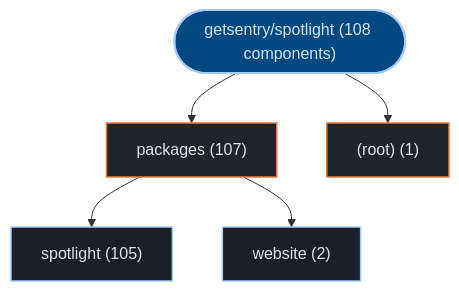
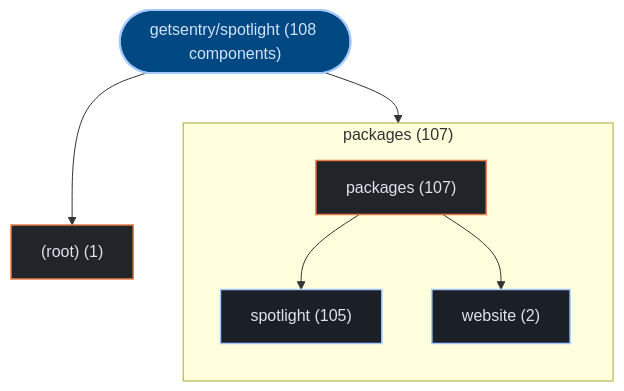
One commit to kumarshaz/atruss-code-atlas changed the first of 3 diagrams in exports/latest/reports/getsentry-spotlight-report.md. Above: the diagram before and after it, drawn with Mermaid. The commit also changed 178 other files, not shown here.

Commit message:
feat(ui,mermaid): upgrade to mermaid v12 + ELK layout, add orgs-summary + pagination, subgraph building blocks, fix tab alignment

````diff
--- a/exports/latest/reports/getsentry-spotlight-report.md
+++ b/exports/latest/reports/getsentry-spotlight-report.md
@@ -42,19 +42,22 @@
 ```mermaid
 graph TD;
   classDef atlasRoot fill:#004882,stroke:#a3c9ff,stroke-width:2px,color:#d3e4ff
   classDef atlasCategory fill:#212428,stroke:#E87A48,stroke-width:1.5px,color:#dfe3eb
   classDef atlasWorkflow fill:#1b2026,stroke:#a3c9ff,stroke-width:1.5px,color:#dfe3eb
   classDef atlasJob fill:#171c22,stroke:#8d9199,stroke-width:1px,color:#dfe3eb
   classDef atlasTarget fill:#005227,stroke:#8bd99b,stroke-width:1.5px,color:#a7f6b6
   classDef atlasAlert fill:#93000a,stroke:#ffb4ab,stroke-width:1.5px,color:#ffdad6
   classDef atlasMore fill:#252a31,stroke:#8d9199,stroke-dasharray:4 4,color:#c3c6cf
     repo_root(["getsentry/spotlight (108 components)"]):::atlasRoot
-    dir_0_packages["packages (107)"]:::atlasCategory
+    subgraph sg_dir_0_packages["packages (107)"]
+      direction TB
+      dir_0_packages["packages (107)"]:::atlasCategory
+      sub_0_0_spotlight["spotlight (105)"]:::atlasWorkflow
+      dir_0_packages --> sub_0_0_spotlight
+      sub_0_1_website["website (2)"]:::atlasWorkflow
+      dir_0_packages --> sub_0_1_website
+    end
     repo_root --> dir_0_packages
-    sub_0_0_spotlight["spotlight (105)"]:::atlasWorkflow
-    dir_0_packages --> sub_0_0_spotlight
-    sub_0_1_website["website (2)"]:::atlasWorkflow
-    dir_0_packages --> sub_0_1_website
     dir_1__root_["(root) (1)"]:::atlasCategory
     repo_root --> dir_1__root_
 ```
````
